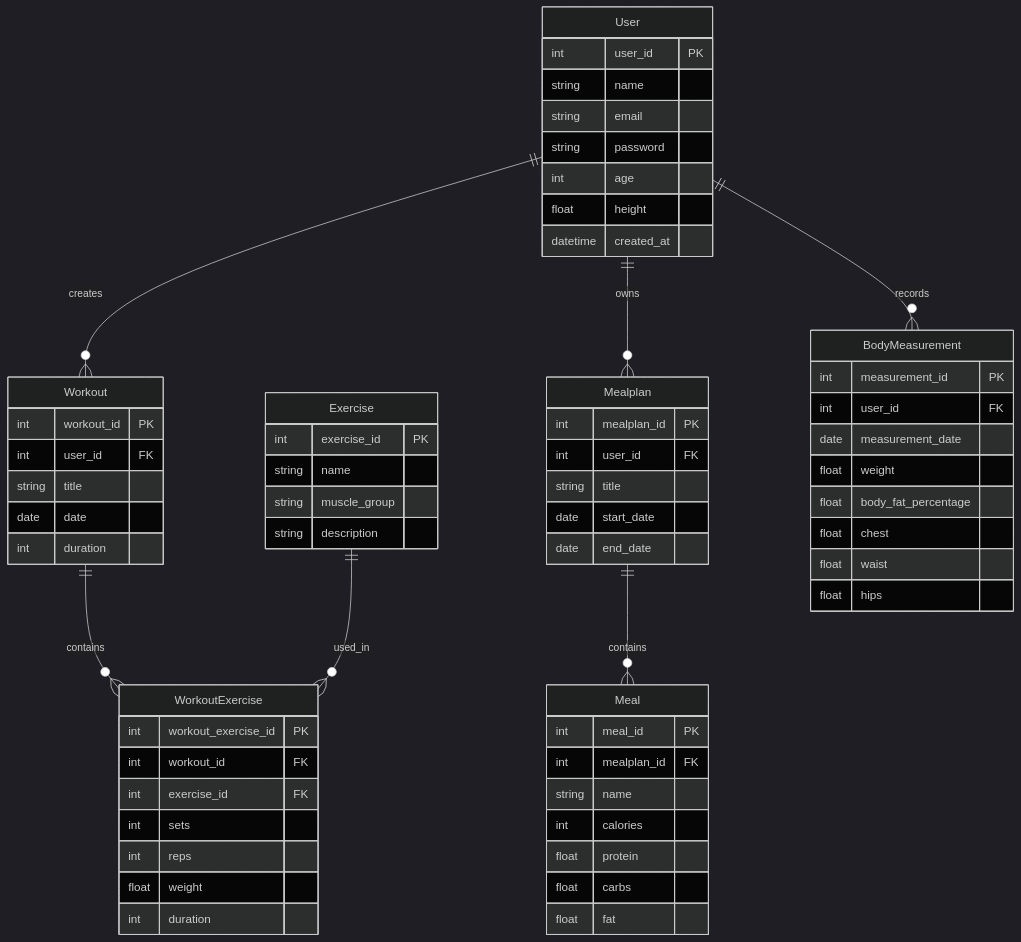
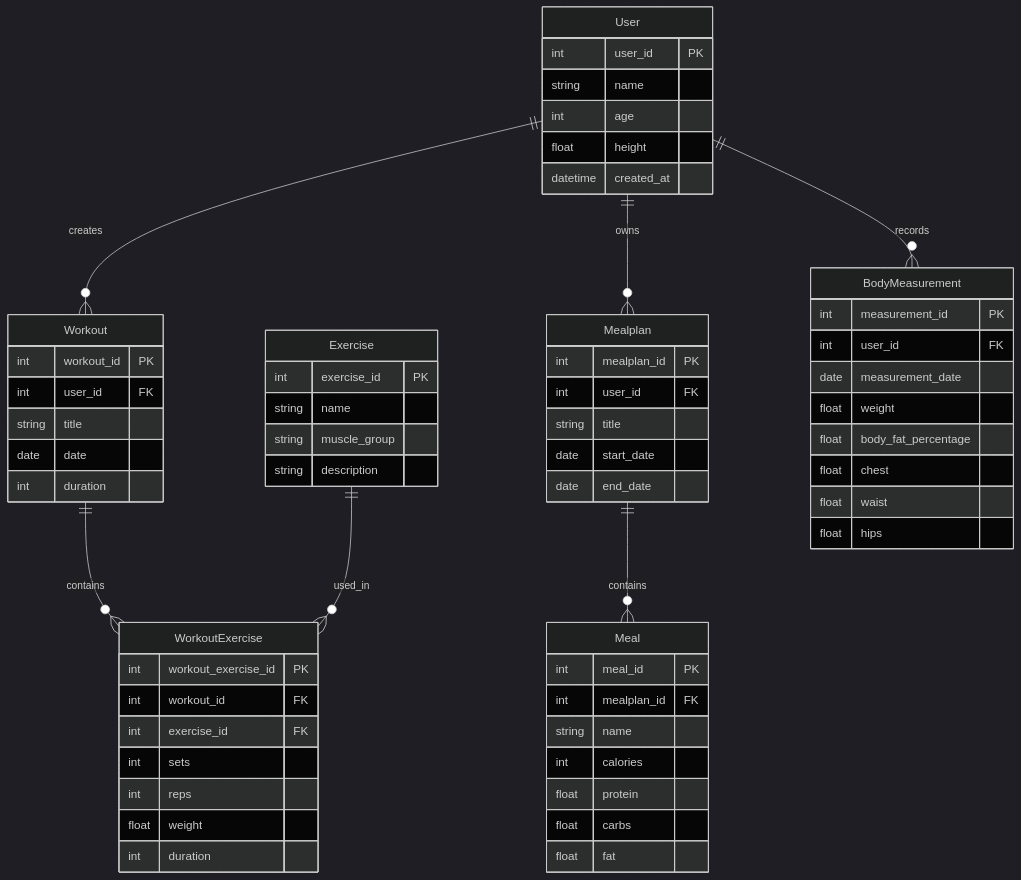
Before and after one commit to SelimTripleU/MyTrainer: the diagram in README.md, drawn with Mermaid (dark theme).

````diff
--- a/README.md
+++ b/README.md
@@ -65,73 +65,71 @@
 ```mermaid
 erDiagram
     User ||--o{ Workout : creates
     Workout ||--o{ WorkoutExercise : contains
     Exercise ||--o{ WorkoutExercise : used_in
     User ||--o{ Mealplan : owns
     Mealplan ||--o{ Meal : contains
     User ||--o{ BodyMeasurement : records
 
     User {
         int user_id PK
         string name
-        string email
-        string password
         int age
         float height
         datetime created_at
     }
 
     Workout {
         int workout_id PK
         int user_id FK
         string title
         date date
         int duration
     }
 
     WorkoutExercise {
         int workout_exercise_id PK
         int workout_id FK
         int exercise_id FK
         int sets
         int reps
         float weight
         int duration
     }
 
     Exercise {
         int exercise_id PK
         string name
         string muscle_group
         string description
     }
 
     Mealplan {
         int mealplan_id PK
         int user_id FK
         string title
         date start_date
         date end_date
     }
 
     Meal {
         int meal_id PK
         int mealplan_id FK
         string name
         int calories
         float protein
         float carbs
         float fat
     }
 
     BodyMeasurement {
         int measurement_id PK
         int user_id FK
         date measurement_date
         float weight
         float body_fat_percentage
         float chest
         float waist
         float hips
     }
 ```
````
